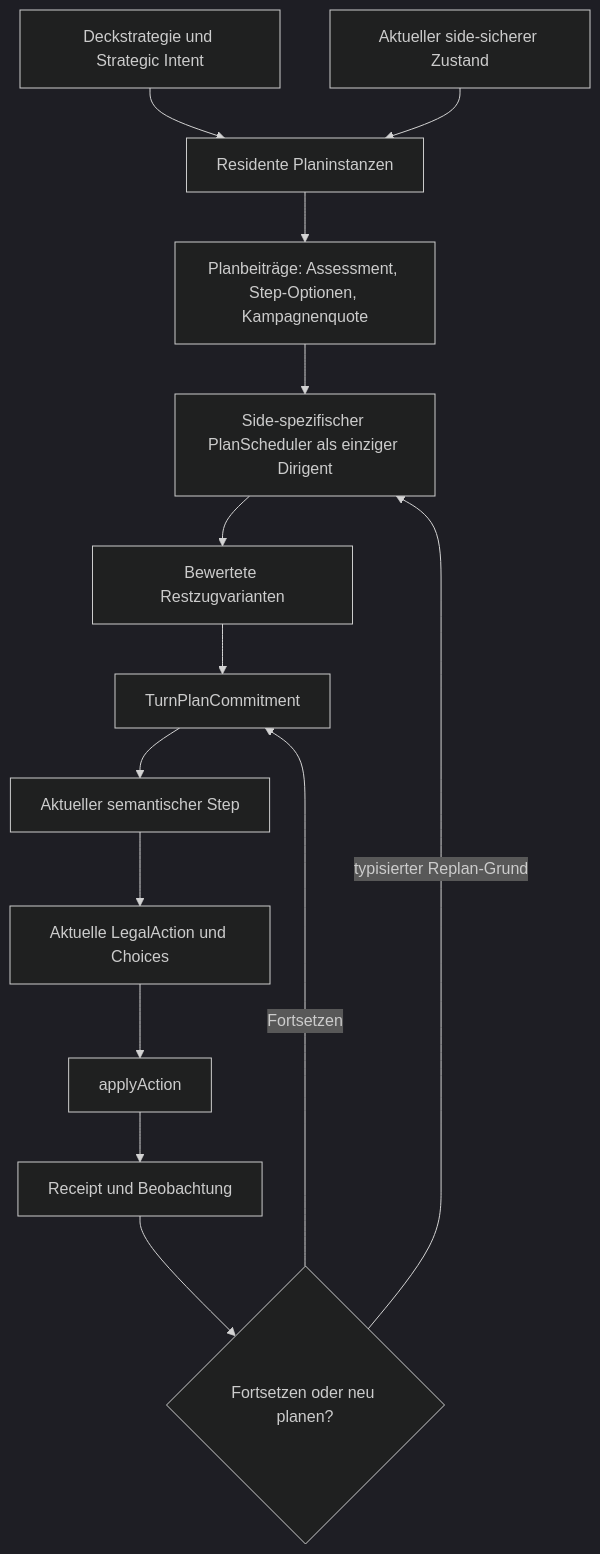
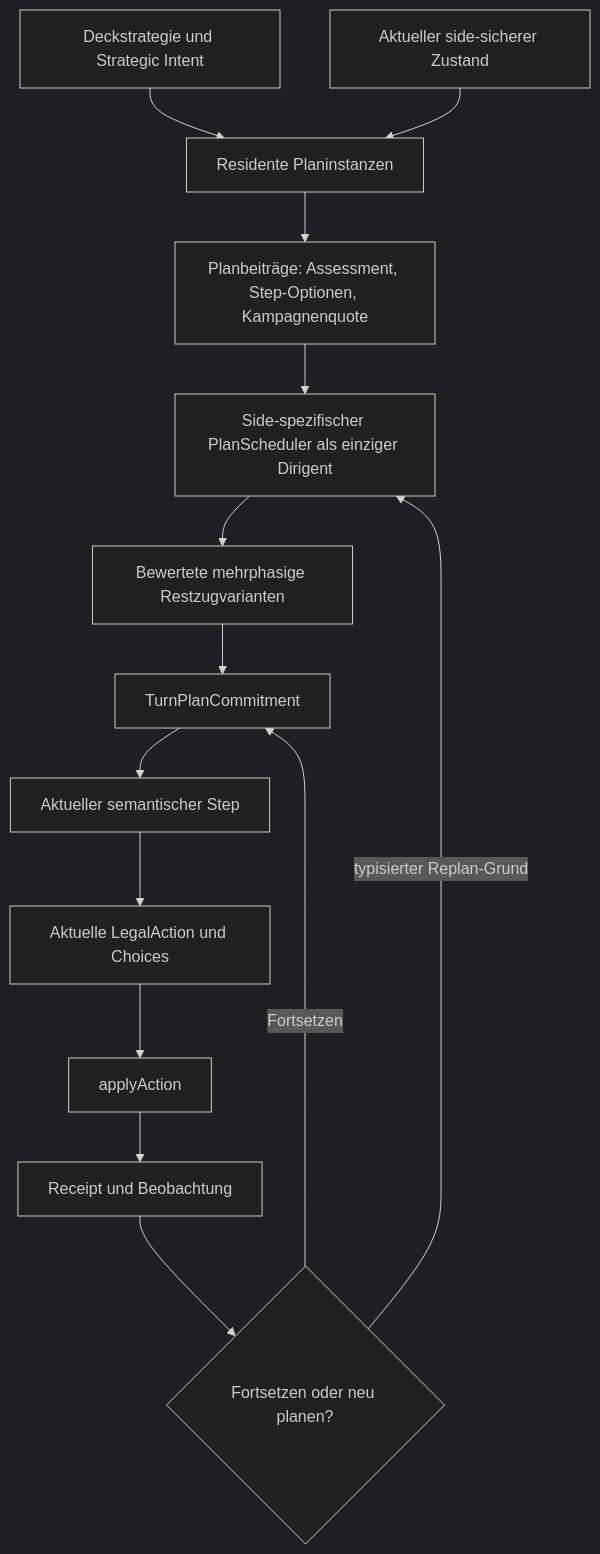
Before and after one commit to LevelX2/NETGRID: the diagram in docs/architecture/ai/ai-turn-and-campaign-planner-concept-2026-07-29.md, drawn with Mermaid (dark theme). The commit also changed other lines of this file, not shown here.

````diff
--- a/docs/architecture/ai/ai-turn-and-campaign-planner-concept-2026-07-29.md
+++ b/docs/architecture/ai/ai-turn-and-campaign-planner-concept-2026-07-29.md
@@ -380,16 +442,16 @@
 ```mermaid
 flowchart TD
     A["Deckstrategie und Strategic Intent"] --> B["Residente Planinstanzen"]
     C["Aktueller side-sicherer Zustand"] --> B
     B --> D["Planbeiträge: Assessment, Step-Optionen, Kampagnenquote"]
     D --> E["Side-spezifischer PlanScheduler als einziger Dirigent"]
-    E --> F["Bewertete Restzugvarianten"]
+    E --> F["Bewertete mehrphasige Restzugvarianten"]
     F --> G["TurnPlanCommitment"]
     G --> H["Aktueller semantischer Step"]
     H --> I["Aktuelle LegalAction und Choices"]
     I --> J["applyAction"]
     J --> K["Receipt und Beobachtung"]
     K --> L{"Fortsetzen oder neu planen?"}
     L -->|"Fortsetzen"| G
     L -->|"typisierter Replan-Grund"| E
 ```
````
